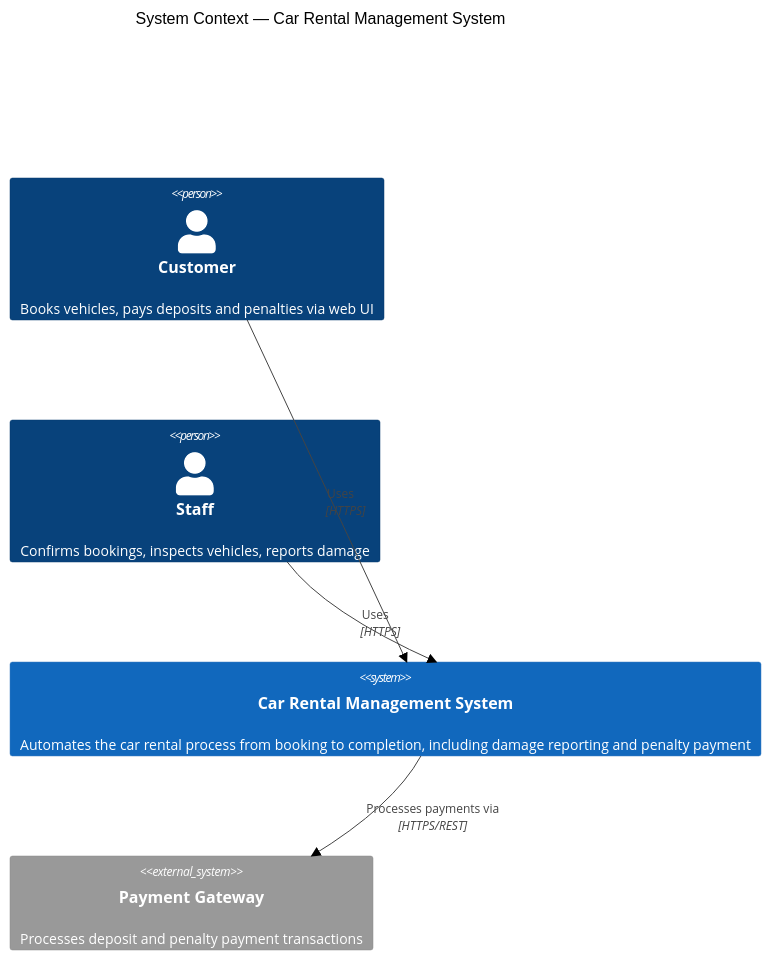
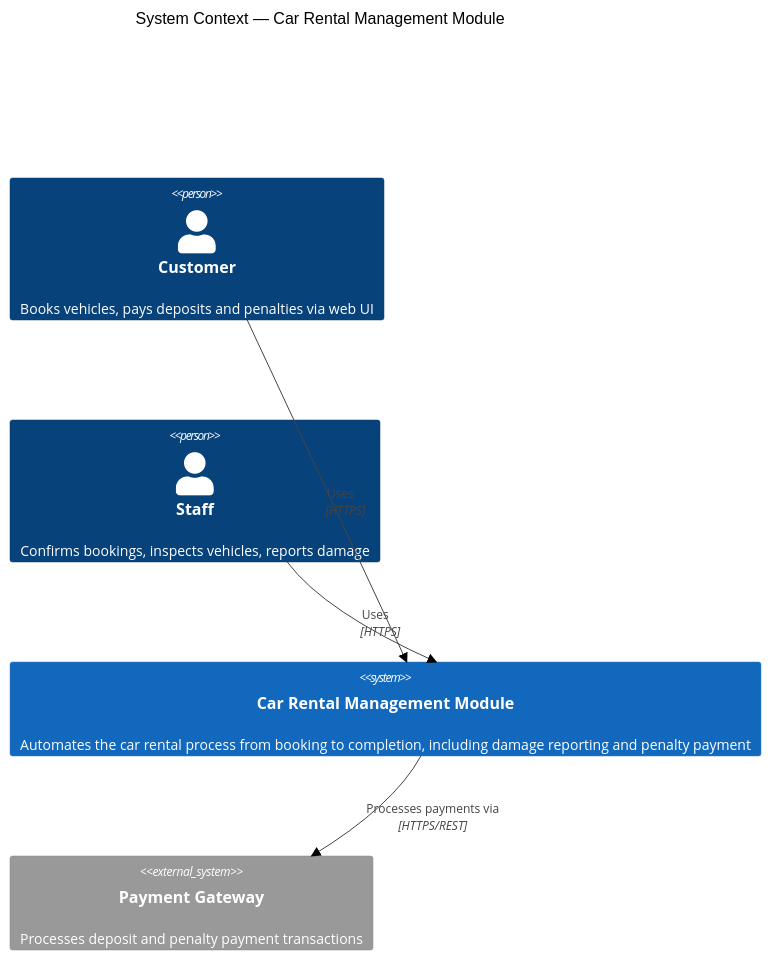
Before and after one commit to EdenfromWISE/microservices-assignment-starter: the first of 2 diagrams in docs/architecture.md, drawn with Mermaid (neutral theme). The commit also changed other lines of this file and 1 other file, not shown here.

Commit message:
docs: remove statistics-service from architecture and analysis docs

````diff
--- a/docs/architecture.md
+++ b/docs/architecture.md
@@ -143,15 +141,15 @@
 ```mermaid
 C4Context
-    title System Context — Car Rental Management System
+    title System Context — Car Rental Management Module
 
     Person(customer, "Customer", "Books vehicles, pays deposits and penalties via web UI")
     Person(staff, "Staff", "Confirms bookings, inspects vehicles, reports damage")
 
-    System(system, "Car Rental Management System", "Automates the car rental process from booking to completion, including damage reporting and penalty payment")
+    System(system, "Car Rental Management Module", "Automates the car rental process from booking to completion, including damage reporting and penalty payment")
 
     System_Ext(extPayment, "Payment Gateway", "Processes deposit and penalty payment transactions")
 
     Rel(customer, system, "Uses", "HTTPS")
     Rel(staff, system, "Uses", "HTTPS")
     Rel(system, extPayment, "Processes payments via", "HTTPS/REST")
 ```
````
